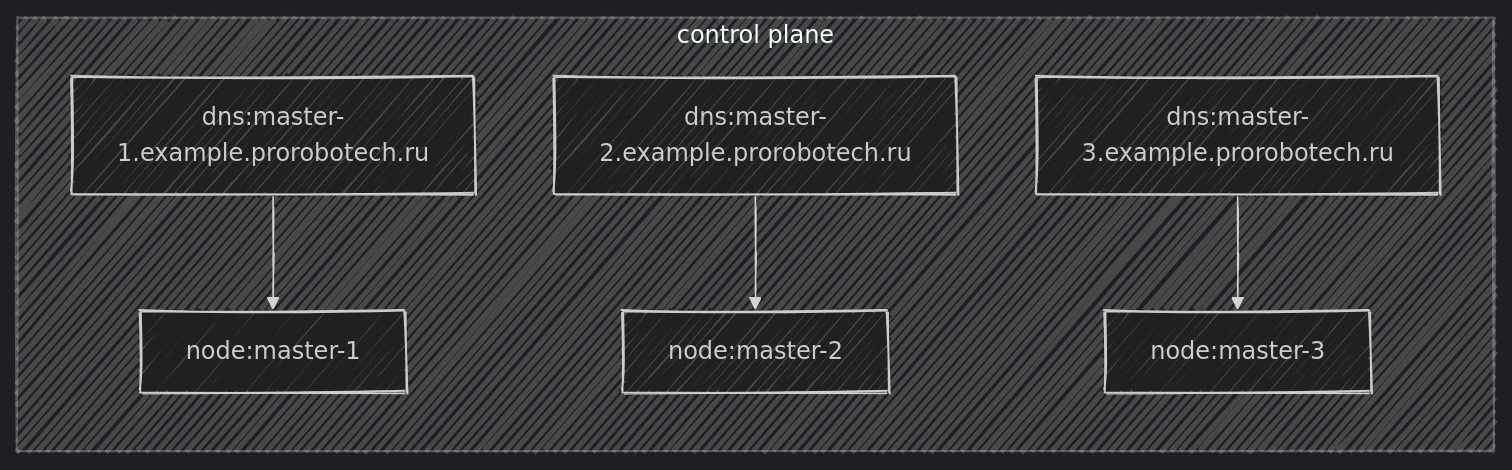
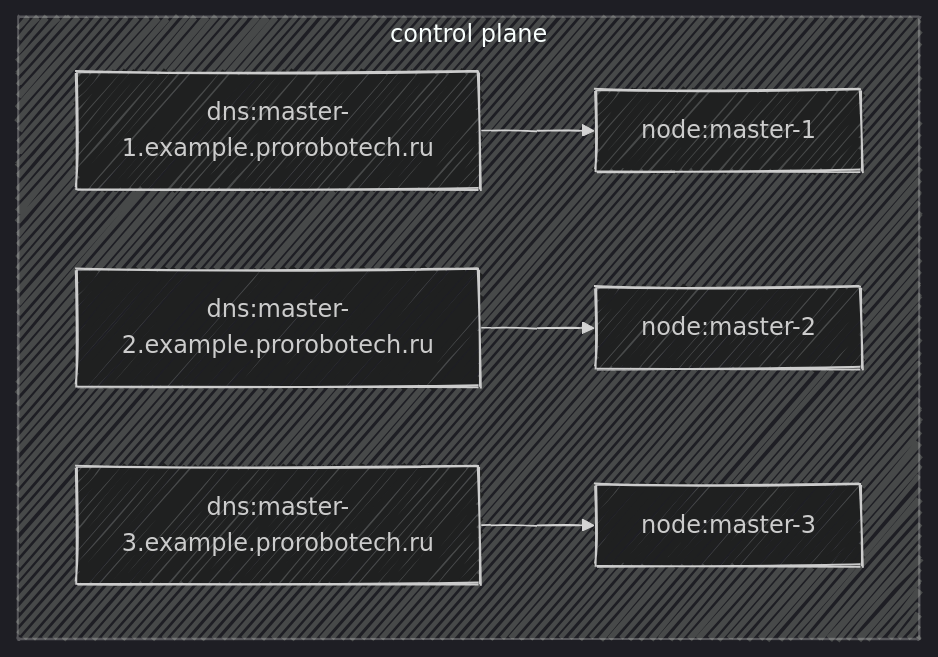
One commit to FR-Solution/in-cloud changed the first of 2 diagrams in documentation/src/snippets/kubernetes/flowcharts/topologyInfra.mdx. Above: the diagram before and after it, drawn with Mermaid. The commit also changed other lines of this file and 4 other files, not shown here.

````diff
--- a/documentation/src/snippets/kubernetes/flowcharts/topologyInfra.mdx
+++ b/documentation/src/snippets/kubernetes/flowcharts/topologyInfra.mdx
@@ -8,24 +8,24 @@
 ```mermaid
 ---
 config:
   look: handDrawn
   theme: dark  
 ---
 
-flowchart LR
-
+flowchart TB
   master1[node:master-1]
   master2[node:master-2]
   master3[node:master-3]
 
   dnsMaster1[dns:master-1.example.prorobotech.ru]
   dnsMaster2[dns:master-2.example.prorobotech.ru]
   dnsMaster3[dns:master-3.example.prorobotech.ru]
 
+
+
   subgraph control plane
-    dnsMaster1-->master1
-    dnsMaster2-->master2
-    dnsMaster3-->master3
-  end
-
+      dnsMaster1-->master1
+      dnsMaster2-->master2
+      dnsMaster3-->master3
+   end
 ```
````
